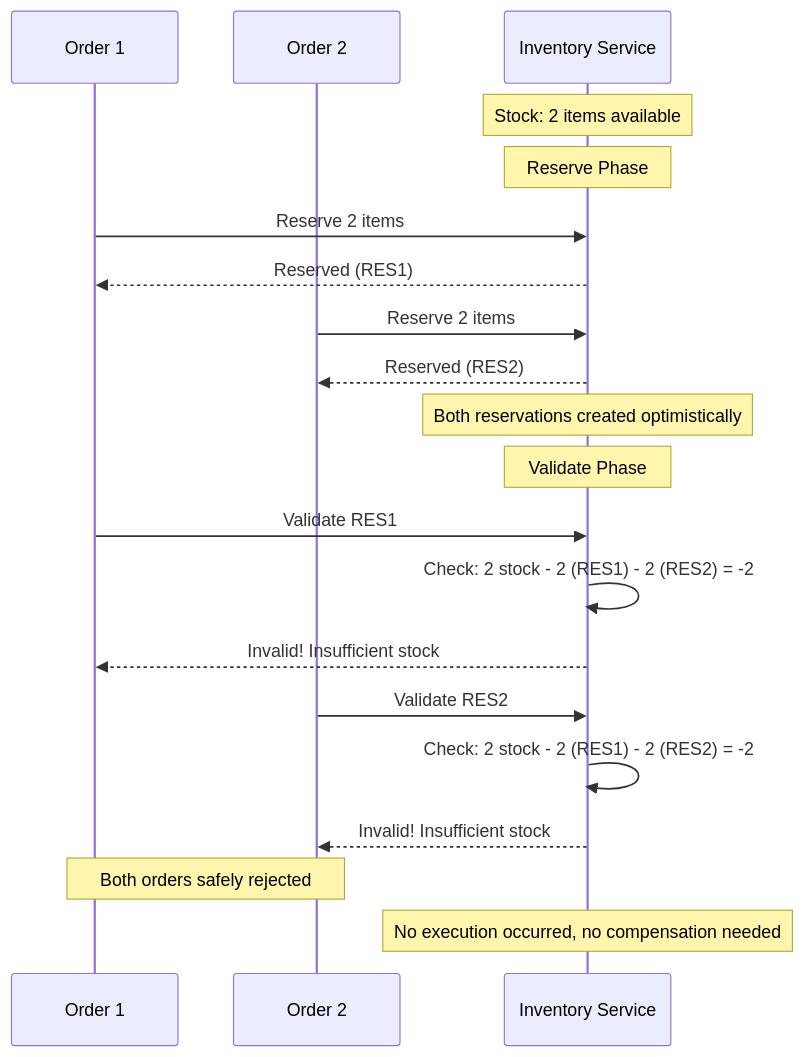
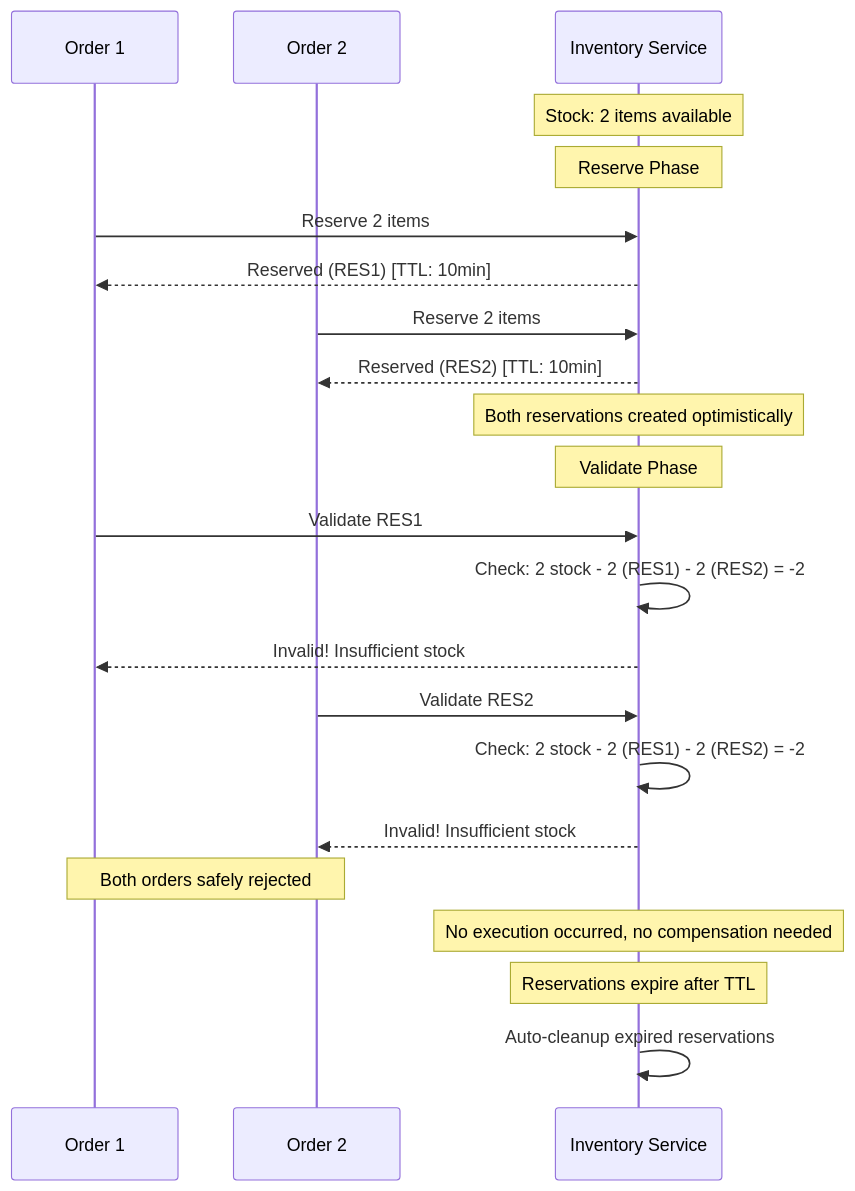
One commit to ha1tch/dxp changed diagram 13 of 23 in doc/dxp-03-sequence-diagrams.md. Above: the diagram before and after it, drawn with Mermaid. The commit also changed other lines of this file and 6 other files, not shown here.

````diff
--- a/doc/dxp-03-sequence-diagrams.md
+++ b/doc/dxp-03-sequence-diagrams.md
@@ -443,28 +571,31 @@
 ```mermaid
 sequenceDiagram
     participant O1 as Order 1
     participant O2 as Order 2
     participant I as Inventory Service
 
     Note over I: Stock: 2 items available
     
     Note over I: Reserve Phase
     O1->>I: Reserve 2 items
-    I-->>O1: Reserved (RES1)
+    I-->>O1: Reserved (RES1) [TTL: 10min]
     O2->>I: Reserve 2 items
-    I-->>O2: Reserved (RES2)
+    I-->>O2: Reserved (RES2) [TTL: 10min]
     
     Note over I: Both reservations created optimistically
     
     Note over I: Validate Phase
     O1->>I: Validate RES1
     I->>I: Check: 2 stock - 2 (RES1) - 2 (RES2) = -2
     I-->>O1: Invalid! Insufficient stock
     
     O2->>I: Validate RES2
     I->>I: Check: 2 stock - 2 (RES1) - 2 (RES2) = -2
     I-->>O2: Invalid! Insufficient stock
     
     Note over O1,O2: Both orders safely rejected
     Note over I: No execution occurred, no compensation needed
+    
+    Note over I: Reservations expire after TTL
+    I->>I: Auto-cleanup expired reservations
 ```
````
